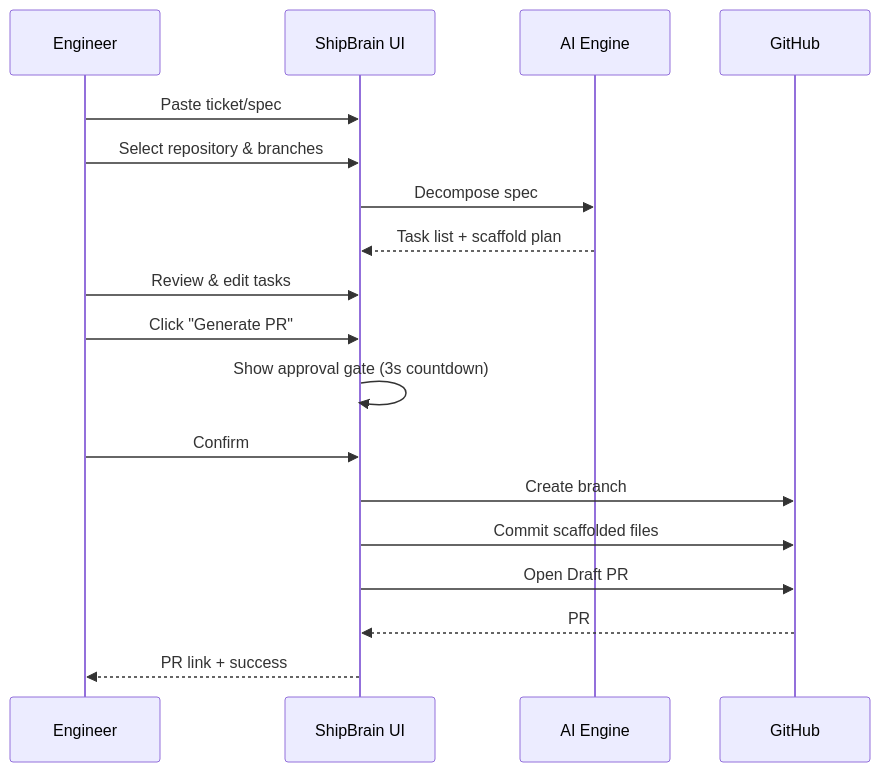
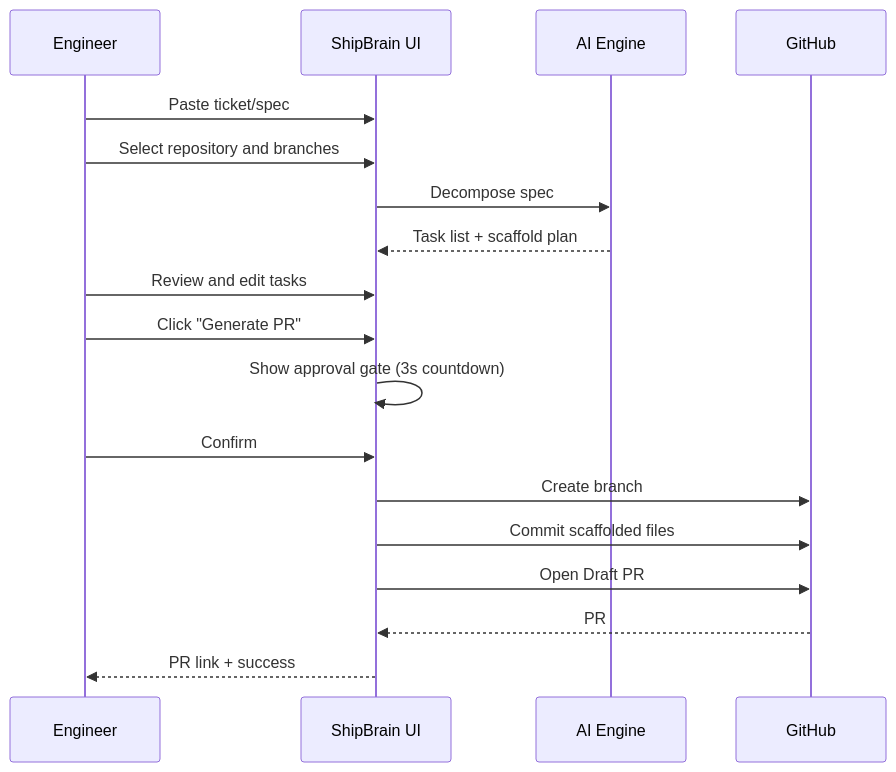
One commit to JeevantheDev/ShipBrain changed the fourth of 18 diagrams in SHIPBRAIN_PRD_FINAL.md. Above: the diagram before and after it, drawn with Mermaid. The commit also changed other lines of this file, not shown here.

First line of the commit message:
Fix mermaid syntax errors in PRD diagrams

````diff
--- a/SHIPBRAIN_PRD_FINAL.md
+++ b/SHIPBRAIN_PRD_FINAL.md
@@ -184,21 +184,21 @@
 ```mermaid
 sequenceDiagram
     participant E as Engineer
     participant UI as ShipBrain UI
     participant AI as AI Engine
     participant GH as GitHub
 
     E->>UI: Paste ticket/spec
-    E->>UI: Select repository & branches
+    E->>UI: Select repository and branches
     UI->>AI: Decompose spec
     AI-->>UI: Task list + scaffold plan
-    E->>UI: Review & edit tasks
+    E->>UI: Review and edit tasks
     E->>UI: Click "Generate PR"
     UI->>UI: Show approval gate (3s countdown)
     E->>UI: Confirm
     UI->>GH: Create branch
     UI->>GH: Commit scaffolded files
     UI->>GH: Open Draft PR
     GH-->>UI: PR #123 created
     UI-->>E: PR link + success
 ```
````
